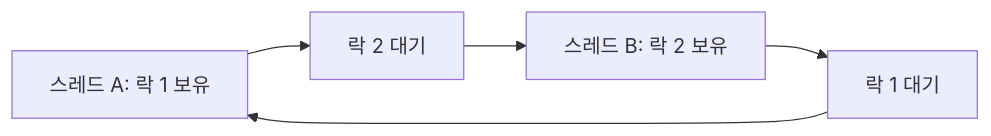
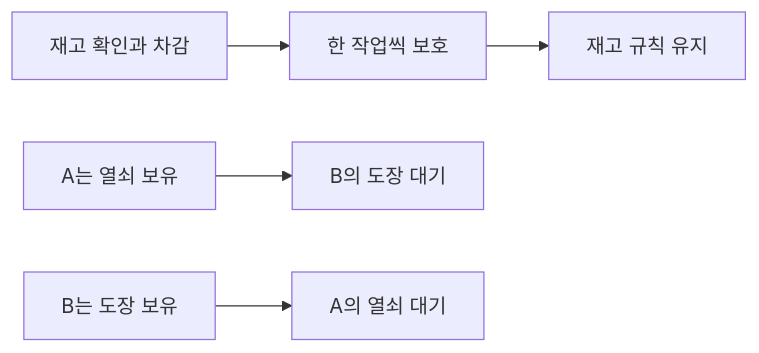
Before and after one commit to moocongpapa/it-study: the diagram in content/topics/synchronization-deadlocks.md, drawn with Mermaid. The commit also changed other lines of this file and 71 other files, not shown here.

````diff
--- a/content/topics/synchronization-deadlocks.md
+++ b/content/topics/synchronization-deadlocks.md
@@ -6,7 +20,6 @@
 ```mermaid
 flowchart LR
-  A["스레드 A: 락 1 보유"] --> B["락 2 대기"]
-  C["스레드 B: 락 2 보유"] --> D["락 1 대기"]
-  B --> C
-  D --> A
+ A["재고 확인과 차감"] --> B["한 작업씩 보호"] --> C["재고 규칙 유지"]
+ D["A는 열쇠 보유"] --> E["B의 도장 대기"]
+ F["B는 도장 보유"] --> G["A의 열쇠 대기"]
 ```
````
